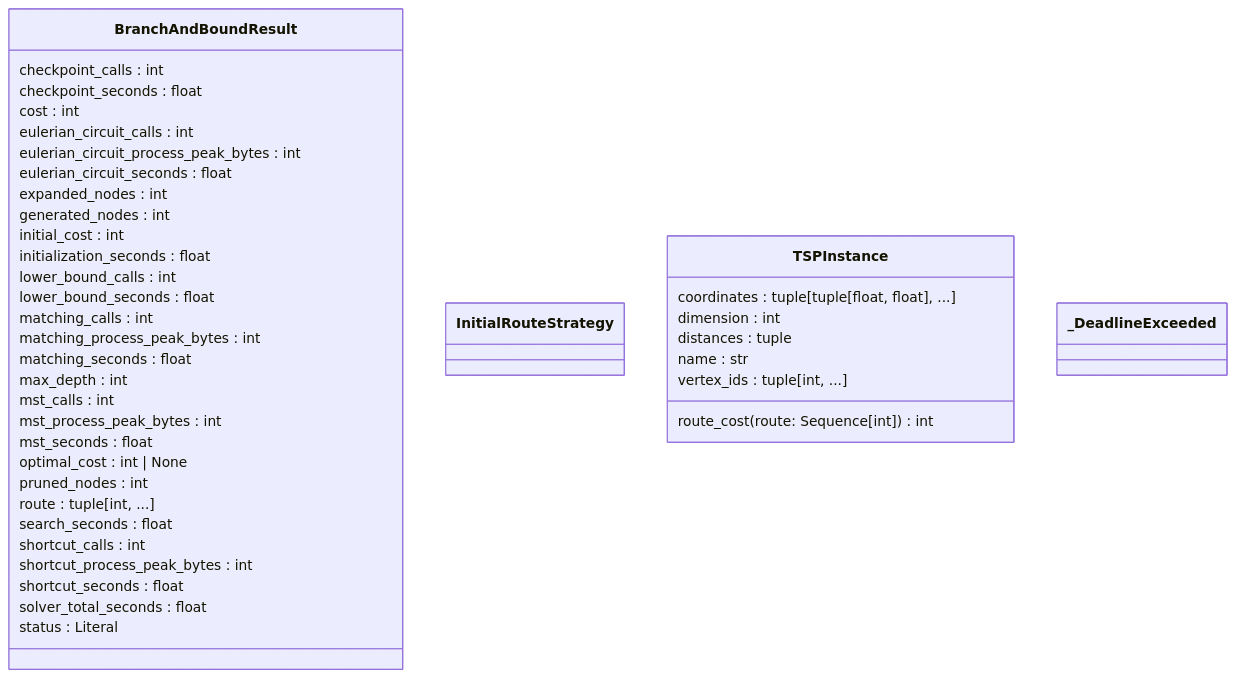
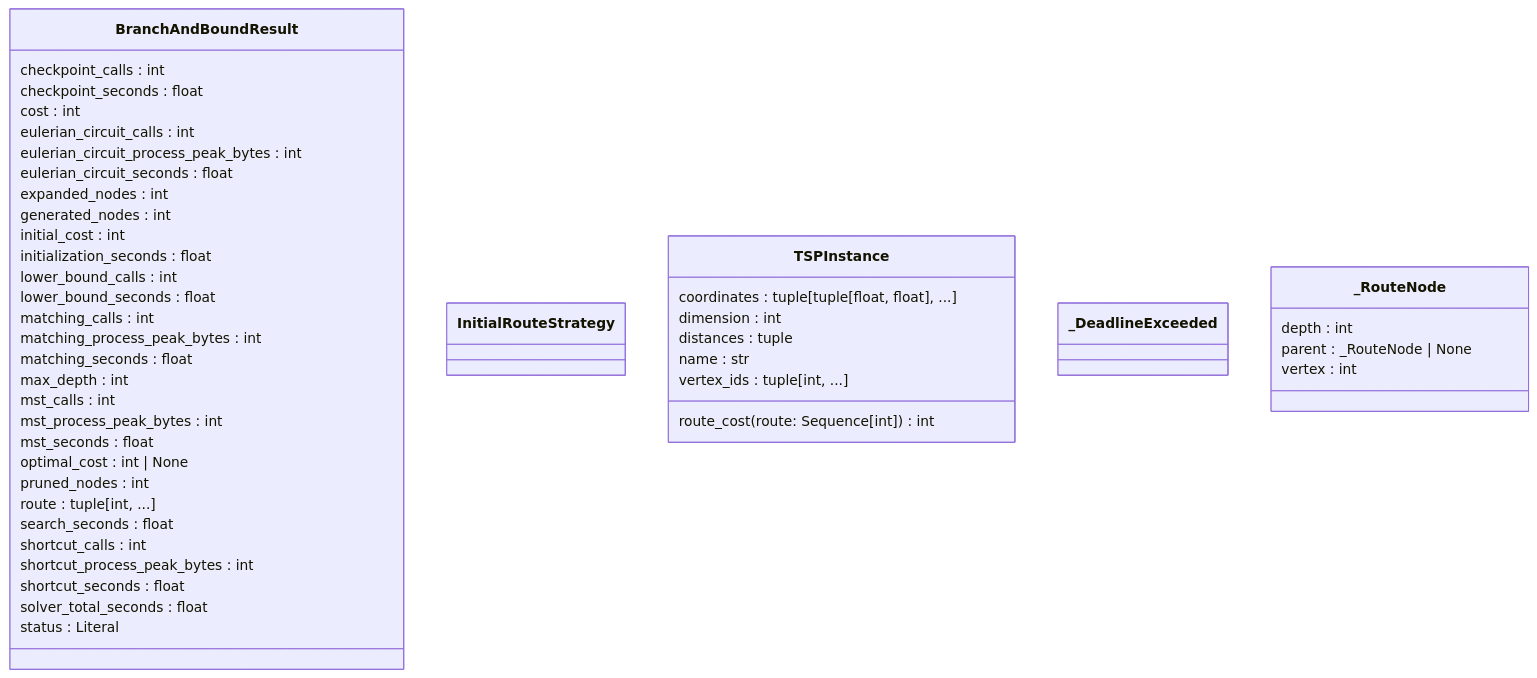
Before and after one commit to ChrystianMelo/TravelingSalesmanOptimization: the third of 12 diagrams in docs/architecture.md, drawn with Mermaid. The commit also changed other lines of this file and 32 other files, not shown here.

Commit message:
Expand generated architecture and strategy documentation.

````diff
--- a/docs/architecture.md
+++ b/docs/architecture.md
@@ -84,46 +104,51 @@
 ```mermaid
 %% Gerado pelo Pyreverse; não edite manualmente.
 classDiagram
   class BranchAndBoundResult {
     checkpoint_calls : int
     checkpoint_seconds : float
     cost : int
     eulerian_circuit_calls : int
     eulerian_circuit_process_peak_bytes : int
     eulerian_circuit_seconds : float
     expanded_nodes : int
     generated_nodes : int
     initial_cost : int
     initialization_seconds : float
     lower_bound_calls : int
     lower_bound_seconds : float
     matching_calls : int
     matching_process_peak_bytes : int
     matching_seconds : float
     max_depth : int
     mst_calls : int
     mst_process_peak_bytes : int
     mst_seconds : float
     optimal_cost : int | None
     pruned_nodes : int
     route : tuple[int, ...]
     search_seconds : float
     shortcut_calls : int
     shortcut_process_peak_bytes : int
     shortcut_seconds : float
     solver_total_seconds : float
     status : Literal
   }
   class InitialRouteStrategy {
   }
   class TSPInstance {
     coordinates : tuple[tuple[float, float], ...]
     dimension : int
     distances : tuple
     name : str
     vertex_ids : tuple[int, ...]
     route_cost(route: Sequence[int]) int
   }
   class _DeadlineExceeded {
   }
+  class _RouteNode {
+    depth : int
+    parent : _RouteNode | None
+    vertex : int
+  }
 ```
````
